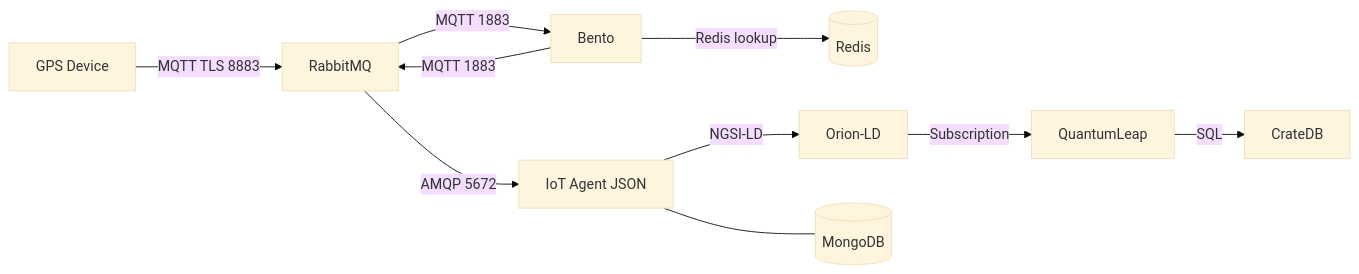
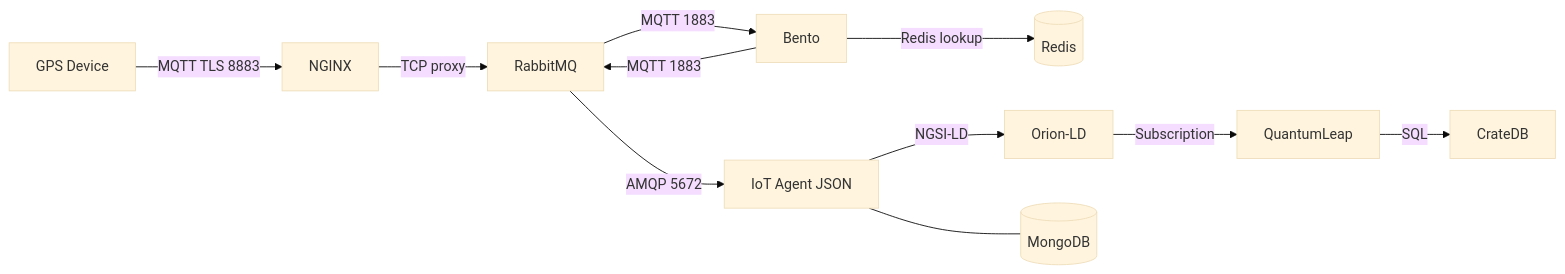
One commit to OS2sandbox/gps-connector changed the diagram in dataflow/README.md. Above: the diagram before and after it, drawn with Mermaid (base theme). The commit also changed other lines of this file and 5 other files, not shown here.

First line of the commit message:
chore: migrate MQTT broker from Mosquitto to RabbitMQ with mTLS

````diff
--- a/dataflow/README.md
+++ b/dataflow/README.md
@@ -7,12 +7,13 @@
 ```mermaid
 graph LR
-    A[GPS Device] -->|MQTT TLS 8883| B[RabbitMQ]
+    A[GPS Device] -->|MQTT TLS 8883| N[NGINX]
+    N -->|TCP proxy| B[RabbitMQ]
     B -->|MQTT 1883| C[Bento]
     C -->|Redis lookup| J[(Redis)]
     C -->|MQTT 1883| B
     B -->|AMQP 5672| D[IoT Agent JSON]
     D -->|NGSI-LD| E[Orion-LD]
     E -->|Subscription| F[QuantumLeap]
     F -->|SQL| G[CrateDB]
     D --- H[(MongoDB)]
 ```
````
